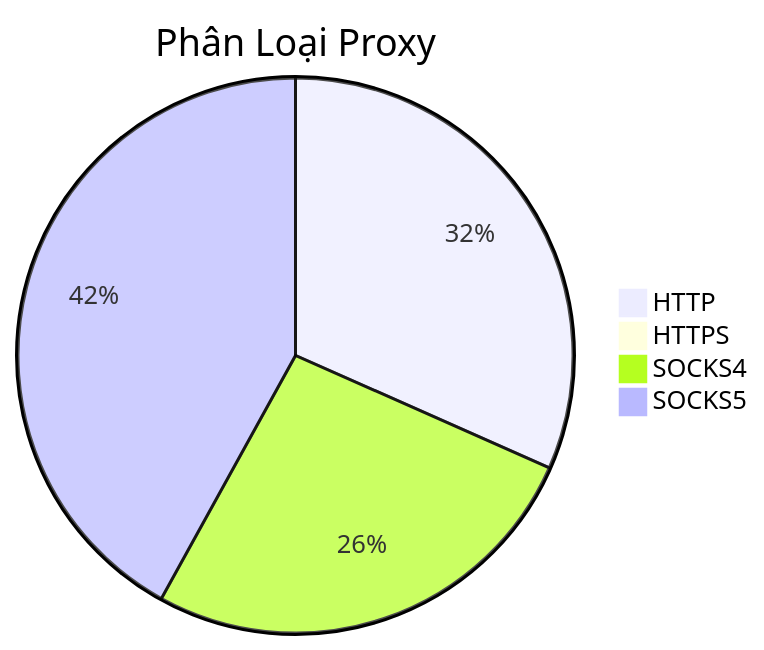
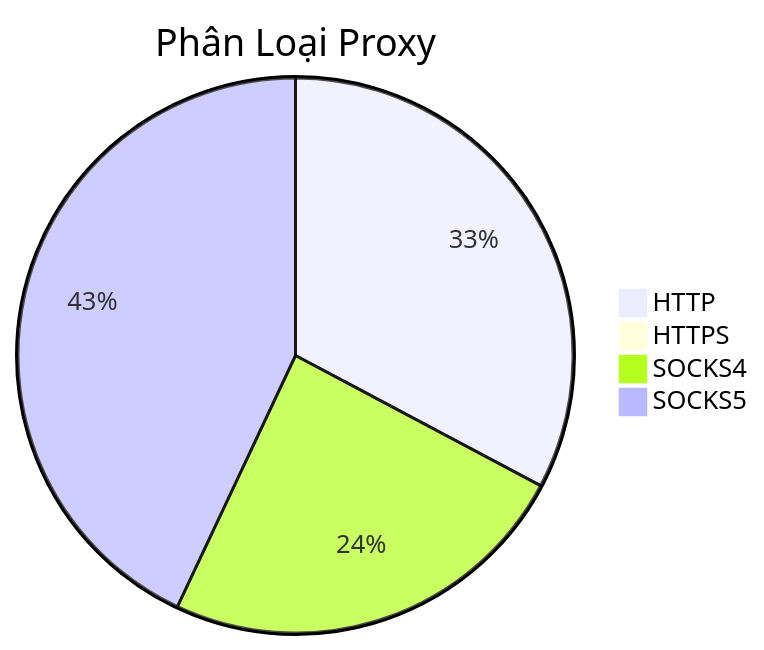
Before and after one commit to Ciara-Aa/PROXY-free: the diagram in README.md, drawn with Mermaid. The commit also changed other lines of this file and 4 other files, not shown here.

````diff
--- a/README.md
+++ b/README.md
@@ -26,7 +26,7 @@
 ```mermaid
 pie title Phân Loại Proxy
-    "HTTP" : 266
-    "HTTPS" : 0
-    "SOCKS4" : 222
-    "SOCKS5" : 353
+    "HTTP" : 253
+    "HTTPS" : 1
+    "SOCKS4" : 187
+    "SOCKS5" : 332
 ```
````
